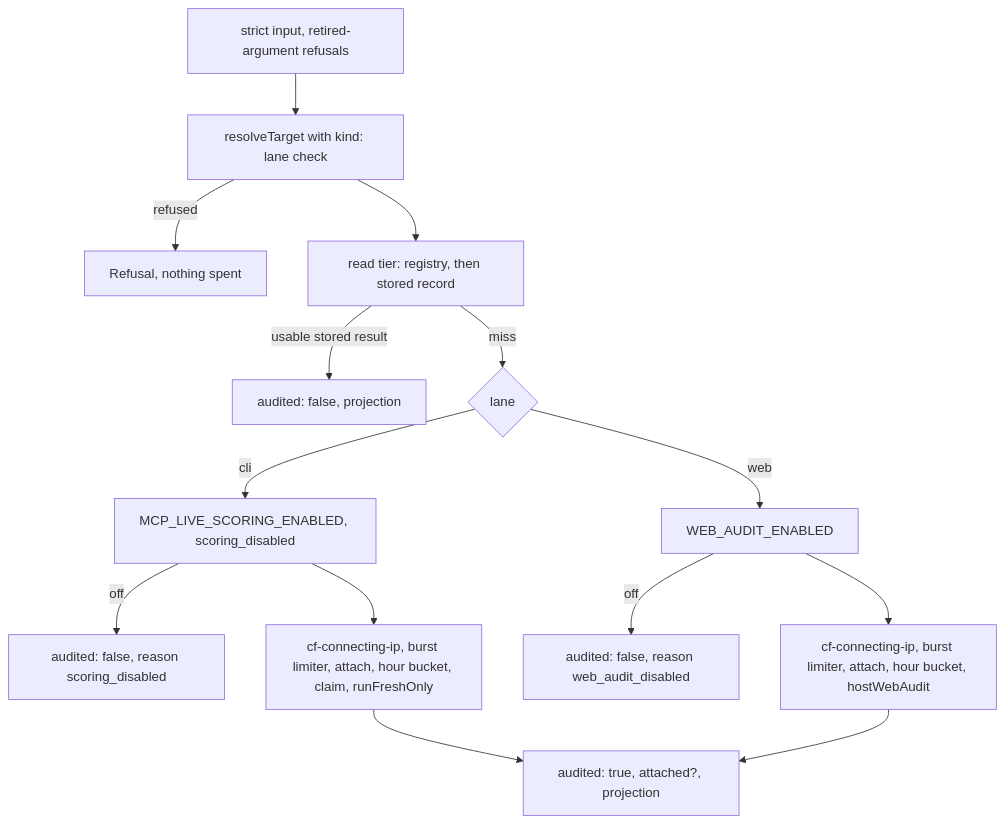
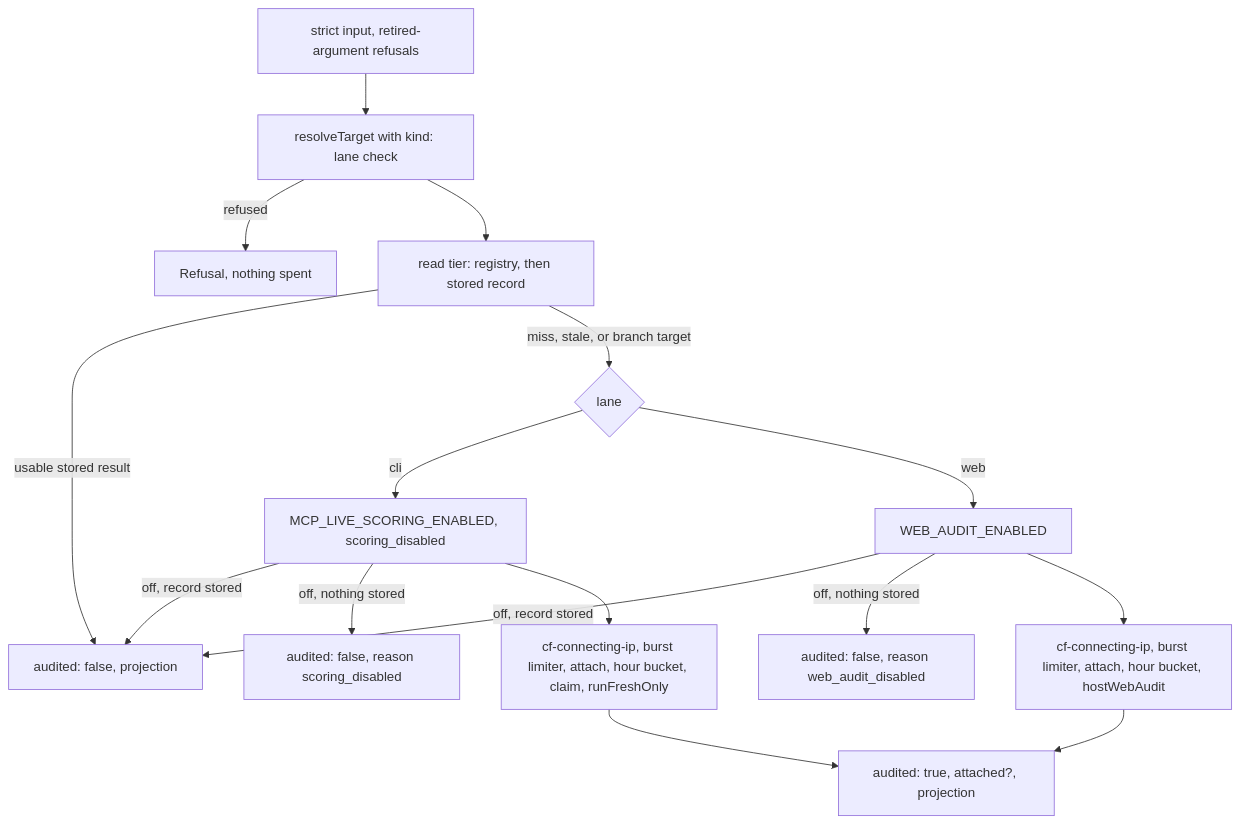
One commit to brettdavies/agentnative-site changed the second of 3 diagrams in docs/plans/2026-11-12-2154-feat-mcp-operation-layer-plan.md. Above: the diagram before and after it, drawn with Mermaid. The commit also changed other lines of this file, not shown here.

````diff
--- a/docs/plans/2026-11-12-2154-feat-mcp-operation-layer-plan.md
+++ b/docs/plans/2026-11-12-2154-feat-mcp-operation-layer-plan.md
@@ -282,16 +289,18 @@
 ```mermaid
 flowchart TB
   A[strict input, retired-argument refusals] --> B[resolveTarget with kind: lane check]
   B -->|refused| R1[Refusal, nothing spent]
   B --> C[read tier: registry, then stored record]
   C -->|usable stored result| H[audited: false, projection]
-  C -->|miss| D{lane}
+  C -->|miss, stale, or branch target| D{lane}
   D -->|cli| E[MCP_LIVE_SCORING_ENABLED, scoring_disabled]
   D -->|web| F[WEB_AUDIT_ENABLED]
-  E -->|off| X[audited: false, reason scoring_disabled]
-  F -->|off| Y[audited: false, reason web_audit_disabled]
+  E -->|off, record stored| H
+  F -->|off, record stored| H
+  E -->|off, nothing stored| X[audited: false, reason scoring_disabled]
+  F -->|off, nothing stored| Y[audited: false, reason web_audit_disabled]
   E --> G[cf-connecting-ip, burst limiter, attach, hour bucket, claim, runFreshOnly]
   F --> I[cf-connecting-ip, burst limiter, attach, hour bucket, hostWebAudit]
   G --> P[audited: true, attached?, projection]
   I --> P
 ```
````
